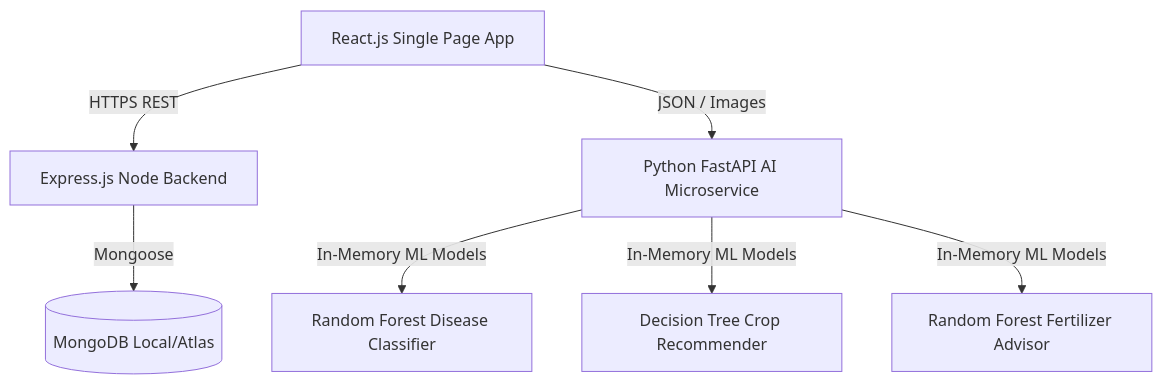
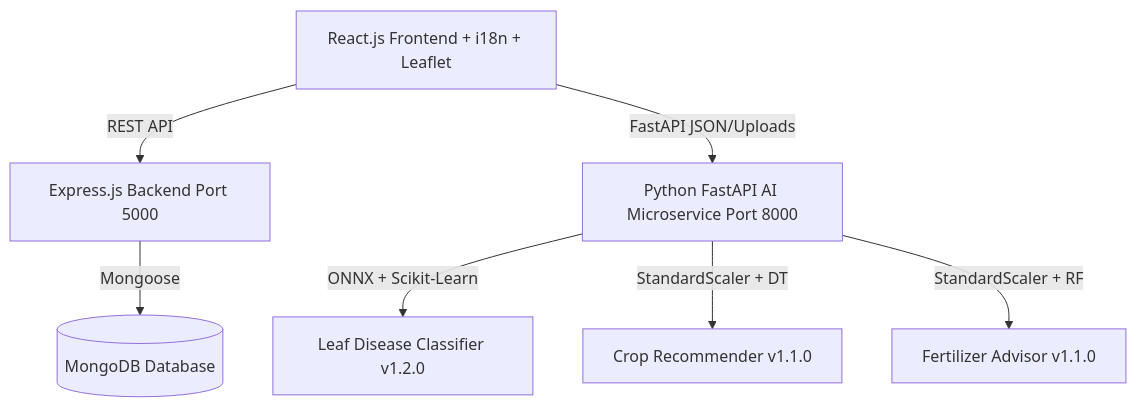
One commit to Amitkumarsingh7071/SmartAgri-AI changed the diagram in README.md. Above: the diagram before and after it, drawn with Mermaid. The commit also changed other lines of this file, not shown here.

Commit message:
docs: update README.md with real-world ML audit results, OOD safety pipeline, architecture diagrams, and setup guide

````diff
--- a/README.md
+++ b/README.md
@@ -9,9 +9,9 @@
 ```mermaid
 graph TD
-  Client[React.js Single Page App] -->|HTTPS REST| NodeServer[Express.js Node Backend]
-  Client -->|JSON / Images| FastAPI[Python FastAPI AI Microservice]
-  NodeServer -->|Mongoose| MongoDB[(MongoDB Local/Atlas)]
-  FastAPI -->|In-Memory ML Models| RF_Disease[Random Forest Disease Classifier]
-  FastAPI -->|In-Memory ML Models| DT_Crop[Decision Tree Crop Recommender]
-  FastAPI -->|In-Memory ML Models| RF_Fert[Random Forest Fertilizer Advisor]
+  Client[React.js Frontend + i18n + Leaflet] -->|REST API| NodeServer[Express.js Backend Port 5000]
+  Client -->|FastAPI JSON/Uploads| FastAPI[Python FastAPI AI Microservice Port 8000]
+  NodeServer -->|Mongoose| MongoDB[(MongoDB Database)]
+  FastAPI -->|ONNX + Scikit-Learn| DiseaseModel[Leaf Disease Classifier v1.2.0]
+  FastAPI -->|StandardScaler + DT| CropModel[Crop Recommender v1.1.0]
+  FastAPI -->|StandardScaler + RF| FertModel[Fertilizer Advisor v1.1.0]
 ```
````
